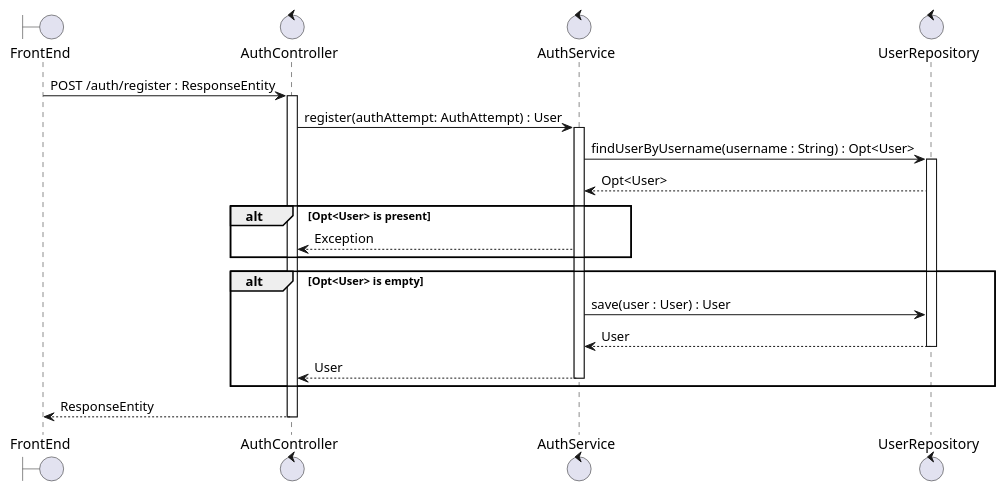
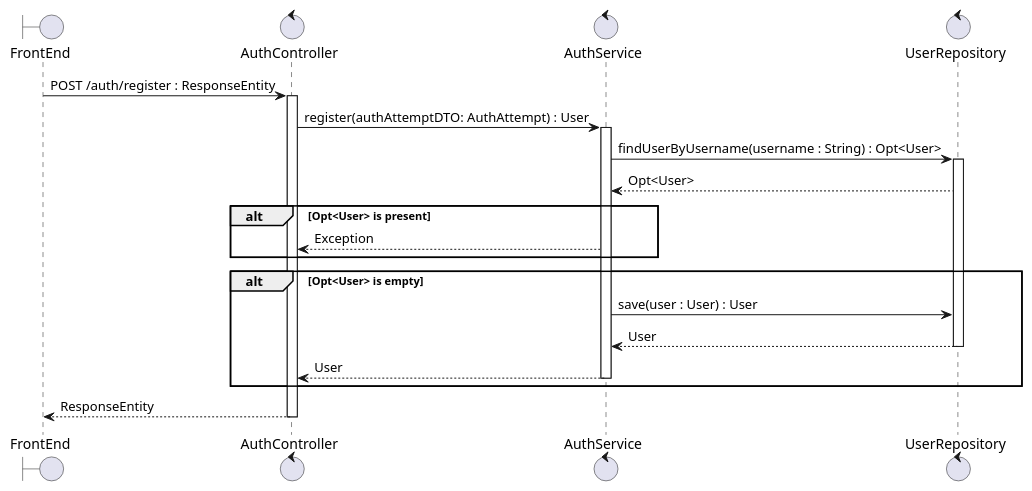
The first of 2 diagrams in docs/sequenceDiagram.md (MoermansJ/eindwerk_backEnd), drawn with PlantUML before and after one commit. The commit also changed other lines of this file and 11 other files, not shown here.

````diff
--- a/docs/sequenceDiagram.md
+++ b/docs/sequenceDiagram.md
@@ -5,37 +5,37 @@
 ```plantuml
 @startuml
 Boundary FrontEnd as frontend
 Control AuthController as authcontroller
 Control AuthService as authservice
 Control UserRepository as userrepository
 
 frontend -> authcontroller : POST /auth/register : ResponseEntity
 activate authcontroller
 
-authcontroller -> authservice : register(authAttempt: AuthAttempt) : User
+authcontroller -> authservice : register(authAttemptDTO: AuthAttempt) : User
 activate authservice
 
 authservice -> userrepository : findUserByUsername(username : String) : Opt<User>
 activate userrepository
 
 userrepository --> authservice : Opt<User>
 
 alt Opt<User> is present
 authservice --> authcontroller : Exception
 end
 
 alt Opt<User> is empty
 authservice -> userrepository : save(user : User) : User
 
 userrepository --> authservice : User
 deactivate userrepository
 
 authservice --> authcontroller : User
 deactivate authservice
 end
 
 authcontroller --> frontend : ResponseEntity
 deactivate authcontroller
 
 @enduml
 ```
````
